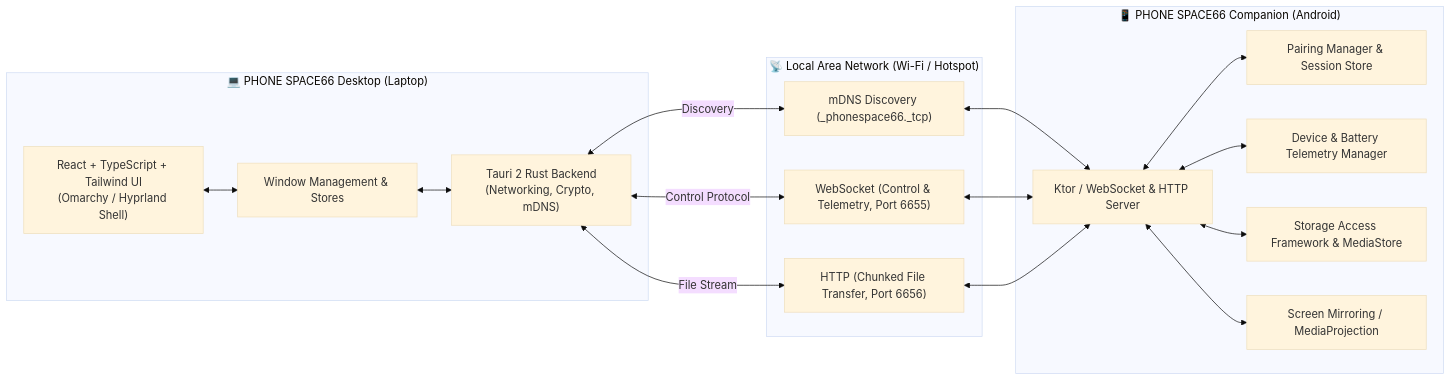
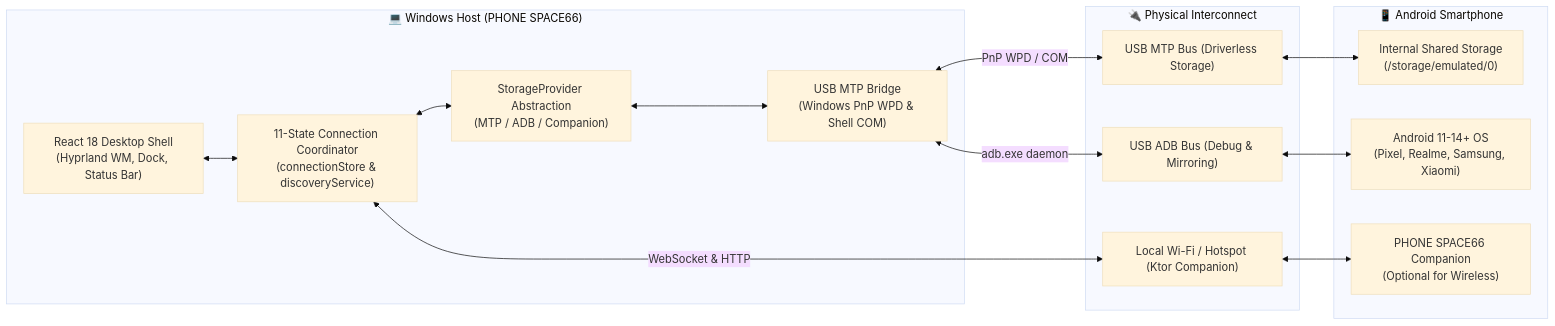
Before and after one commit to PRN-6/phone-space66: the diagram in README.md, drawn with Mermaid (base theme). The commit also changed other lines of this file and 31 other files, not shown here.

Commit message:
feat(usb): overhaul USB MTP hardware bridge, storage providers, gallery sync, and native executables

````diff
--- a/README.md
+++ b/README.md
@@ -28,35 +86,31 @@
 ```mermaid
 flowchart LR
-    subgraph Laptop ["💻 PHONE SPACE66 Desktop (Laptop)"]
-        UI["React + TypeScript + Tailwind UI<br/>(Omarchy / Hyprland Shell)"]
-        WM["Window Management & Stores"]
-        Tauri["Tauri 2 Rust Backend<br/>(Networking, Crypto, mDNS)"]
-        UI <--> WM
-        WM <--> Tauri
+    subgraph Windows ["💻 Windows Host (PHONE SPACE66)"]
+        UI["React 18 Desktop Shell<br/>(Hyprland WM, Dock, Status Bar)"]
+        State["11-State Connection Coordinator<br/>(connectionStore & discoveryService)"]
+        Providers["StorageProvider Abstraction<br/>(MTP / ADB / Companion)"]
+        Bridge["USB MTP Bridge<br/>(Windows PnP WPD & Shell COM)"]
+        UI <--> State
+        State <--> Providers
+        Providers <--> Bridge
     end
 
-    subgraph Network ["📡 Local Area Network (Wi-Fi / Hotspot)"]
-        mDNS["mDNS Discovery (_phonespace66._tcp)"]
-        WS["WebSocket (Control & Telemetry, Port 6655)"]
-        HTTP["HTTP (Chunked File Transfer, Port 6656)"]
+    subgraph Hardware ["🔌 Physical Interconnect"]
+        MTP["USB MTP Bus (Driverless Storage)"]
+        ADB["USB ADB Bus (Debug & Mirroring)"]
+        LAN["Local Wi-Fi / Hotspot (Ktor Companion)"]
     end
 
-    subgraph Phone ["📱 PHONE SPACE66 Companion (Android)"]
-        Server["Ktor / WebSocket & HTTP Server"]
-        Security["Pairing Manager & Session Store"]
-        Telemetry["Device & Battery Telemetry Manager"]
-        Storage["Storage Access Framework & MediaStore"]
-        Mirror["Screen Mirroring / MediaProjection"]
-        Server <--> Security
-        Server <--> Telemetry
-        Server <--> Storage
-        Server <--> Mirror
+    subgraph Phone ["📱 Android Smartphone"]
+        FS["Internal Shared Storage<br/>(/storage/emulated/0)"]
+        OS["Android 11-14+ OS<br/>(Pixel, Realme, Samsung, Xiaomi)"]
+        APK["PHONE SPACE66 Companion<br/>(Optional for Wireless)"]
     end
 
-    Tauri <-->|Discovery| mDNS
-    Tauri <-->|Control Protocol| WS
-    Tauri <-->|File Stream| HTTP
-    mDNS <--> Server
-    WS <--> Server
-    HTTP <--> Server
+    Bridge <-->|PnP WPD / COM| MTP
+    Bridge <-->|adb.exe daemon| ADB
+    State <-->|WebSocket & HTTP| LAN
+    MTP <--> FS
+    ADB <--> OS
+    LAN <--> APK
 ```
````
